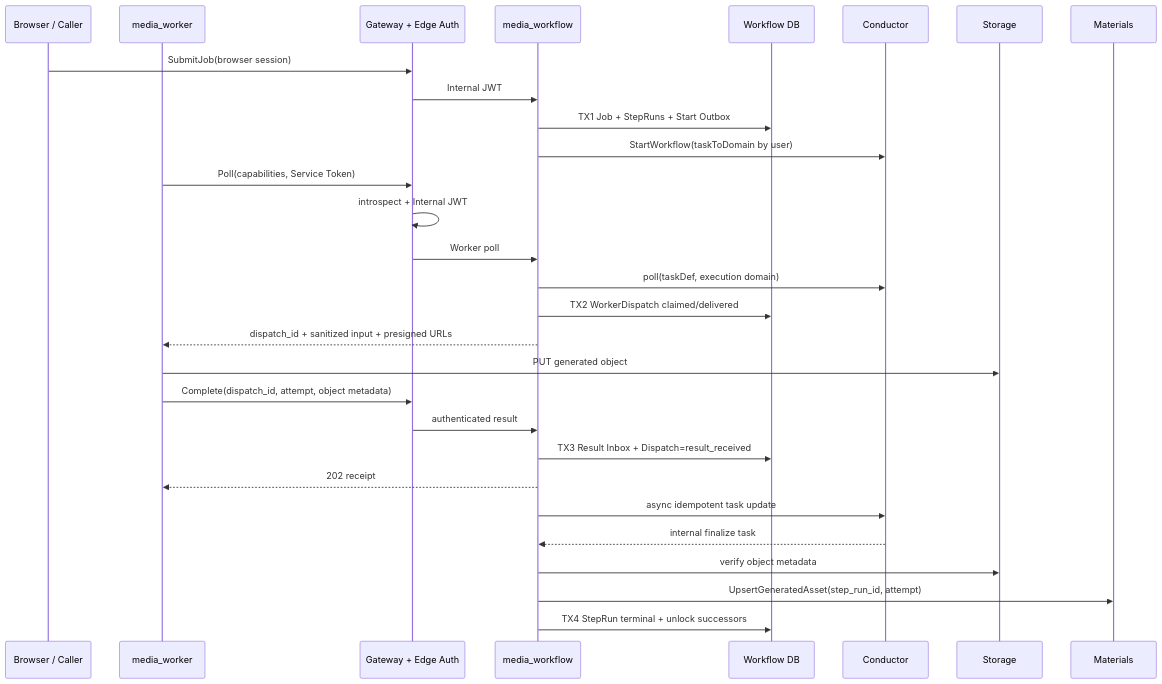
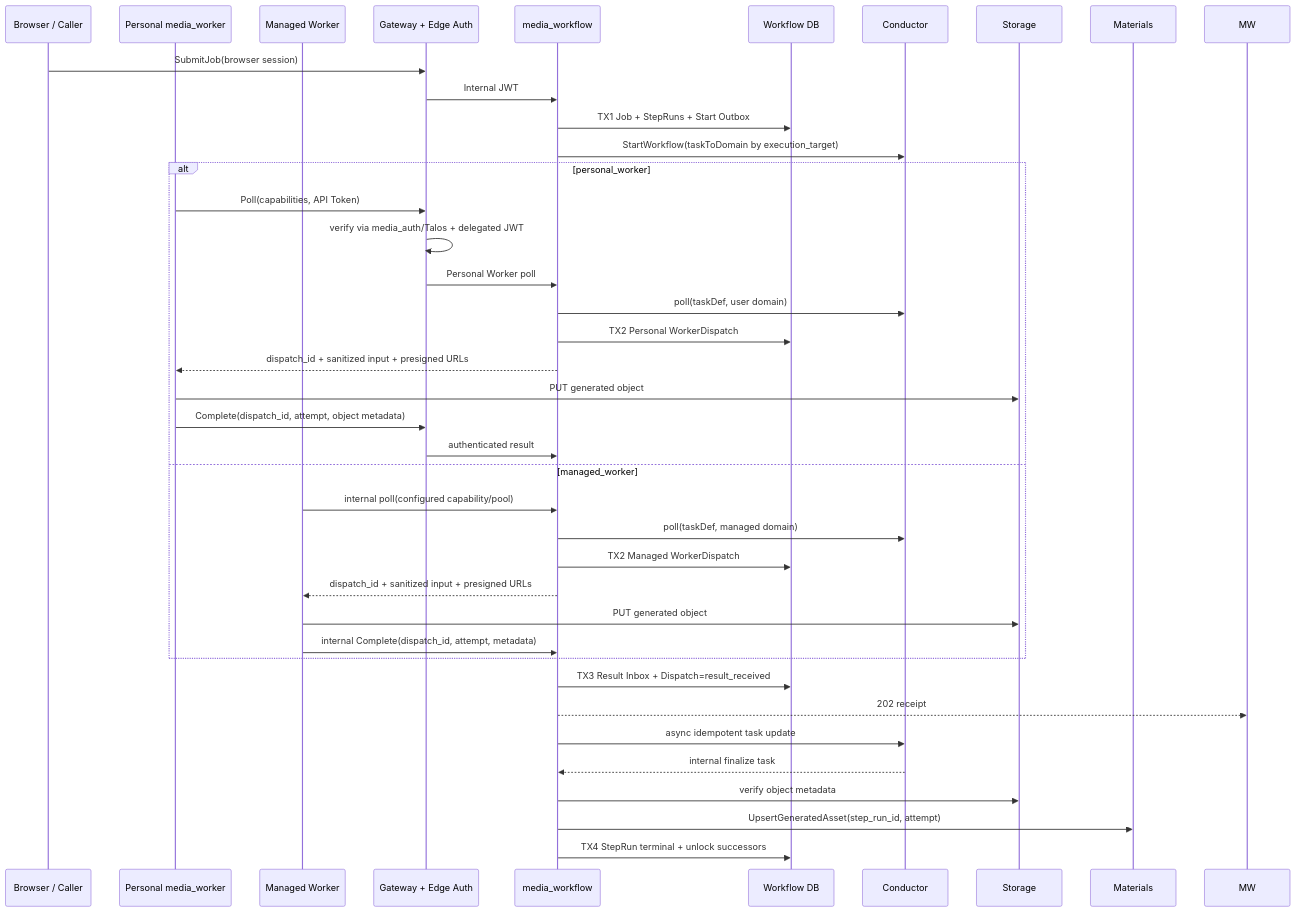
Before and after one commit to hotttao/media_agent: the diagram in docs/ddd/workflow/0004-media-workflow-execution/media_workflow_execution.md, drawn with Mermaid. The commit also changed other lines of this file and 50 other files, not shown here.

Commit message:
docs(auth): define api token worker identity model

````diff
--- a/docs/ddd/workflow/0004-media-workflow-execution/media_workflow_execution.md
+++ b/docs/ddd/workflow/0004-media-workflow-execution/media_workflow_execution.md
@@ -12,31 +12,41 @@
 ```mermaid
 sequenceDiagram
     participant B as Browser / Caller
-    participant MW as media_worker
+    participant PW as Personal media_worker
+    participant IW as Managed Worker
     participant G as Gateway + Edge Auth
     participant W as media_workflow
     participant DB as Workflow DB
     participant C as Conductor
     participant S as Storage
     participant M as Materials
     B->>G: SubmitJob(browser session)
     G->>W: Internal JWT
     W->>DB: TX1 Job + StepRuns + Start Outbox
-    W->>C: StartWorkflow(taskToDomain by user)
-    MW->>G: Poll(capabilities, Service Token)
-    G->>G: introspect + Internal JWT
-    G->>W: Worker poll
-    W->>C: poll(taskDef, execution domain)
-    W->>DB: TX2 WorkerDispatch claimed/delivered
-    W-->>MW: dispatch_id + sanitized input + presigned URLs
-    MW->>S: PUT generated object
-    MW->>G: Complete(dispatch_id, attempt, object metadata)
-    G->>W: authenticated result
+    W->>C: StartWorkflow(taskToDomain by execution_target)
+    alt personal_worker
+        PW->>G: Poll(capabilities, API Token)
+        G->>G: verify via media_auth/Talos + delegated JWT
+        G->>W: Personal Worker poll
+        W->>C: poll(taskDef, user domain)
+        W->>DB: TX2 Personal WorkerDispatch
+        W-->>PW: dispatch_id + sanitized input + presigned URLs
+        PW->>S: PUT generated object
+        PW->>G: Complete(dispatch_id, attempt, object metadata)
+        G->>W: authenticated result
+    else managed_worker
+        IW->>W: internal poll(configured capability/pool)
+        W->>C: poll(taskDef, managed domain)
+        W->>DB: TX2 Managed WorkerDispatch
+        W-->>IW: dispatch_id + sanitized input + presigned URLs
+        IW->>S: PUT generated object
+        IW->>W: internal Complete(dispatch_id, attempt, metadata)
+    end
     W->>DB: TX3 Result Inbox + Dispatch=result_received
     W-->>MW: 202 receipt
     W->>C: async idempotent task update
     C-->>W: internal finalize task
     W->>S: verify object metadata
     W->>M: UpsertGeneratedAsset(step_run_id, attempt)
     W->>DB: TX4 StepRun terminal + unlock successors
 ```
````
